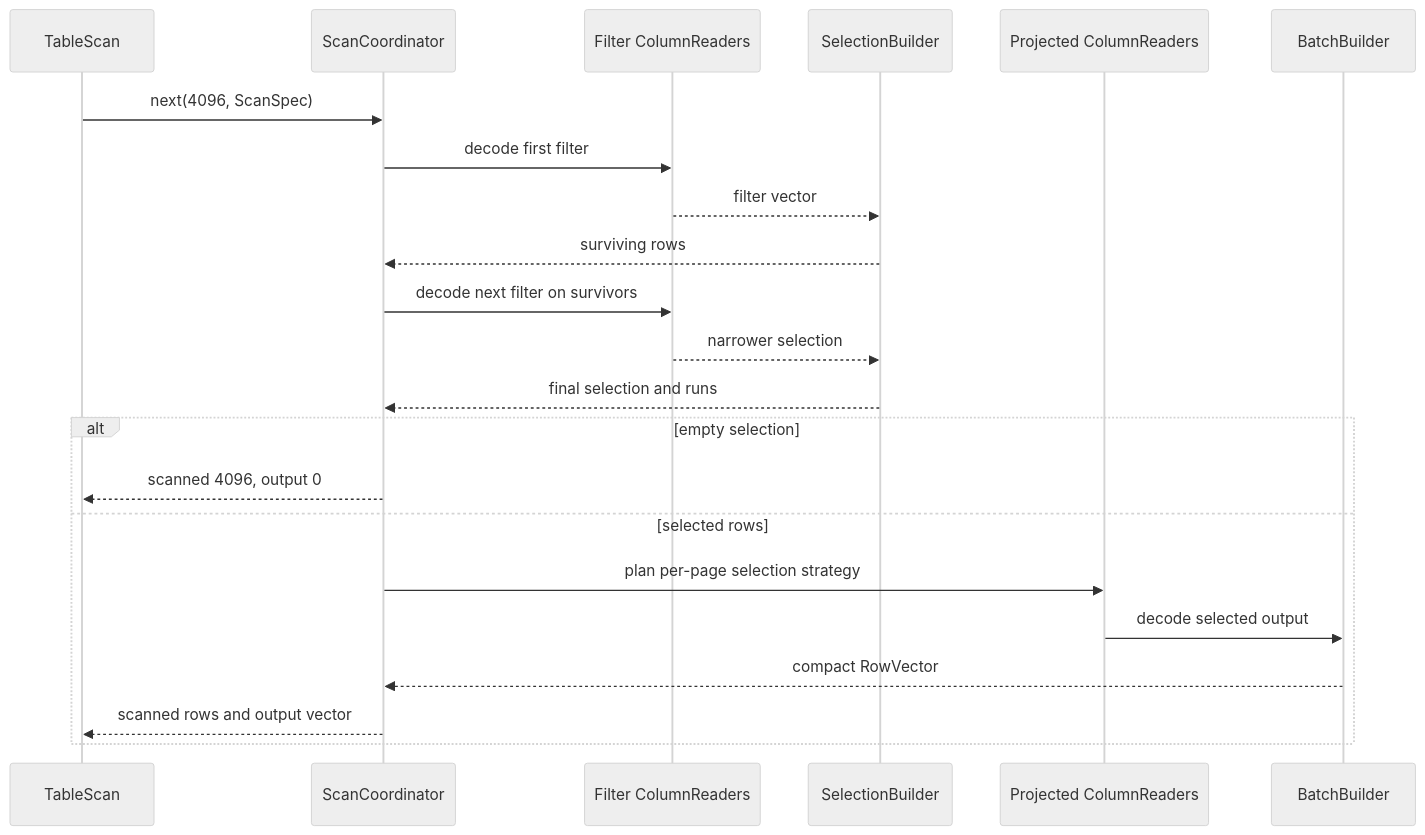
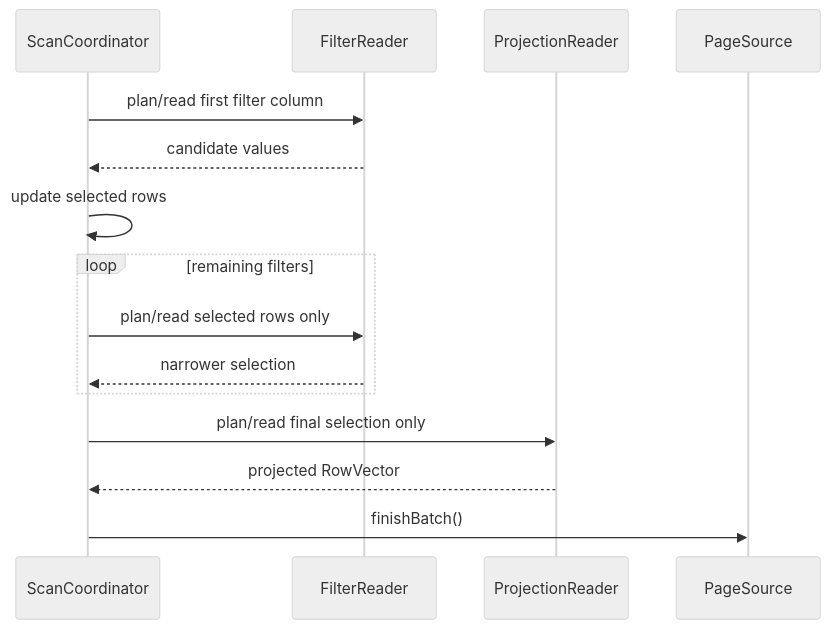
One commit to bytedance/bolt changed the third of 5 diagrams in bolt/dwio/lance/STATE_MACHINE_DESIGN.md. Above: the diagram before and after it, drawn with Mermaid (neutral theme). The commit also changed other lines of this file and 36 other files, not shown here.

````diff
--- a/bolt/dwio/lance/STATE_MACHINE_DESIGN.md
+++ b/bolt/dwio/lance/STATE_MACHINE_DESIGN.md
@@ -1414,25 +129,18 @@
 ```mermaid
 sequenceDiagram
-    participant TS as TableScan
-    participant SC as ScanCoordinator
-    participant FC as Filter ColumnReaders
-    participant SB as SelectionBuilder
-    participant PC as Projected ColumnReaders
-    participant BB as BatchBuilder
+  participant SC as ScanCoordinator
+  participant FR as FilterReader
+  participant PR as ProjectionReader
+  participant PS as PageSource
 
-    TS->>SC: next(4096, ScanSpec)
-    SC->>FC: decode first filter
-    FC-->>SB: filter vector
-    SB-->>SC: surviving rows
-    SC->>FC: decode next filter on survivors
-    FC-->>SB: narrower selection
-    SB-->>SC: final selection and runs
-    alt empty selection
-        SC-->>TS: scanned 4096, output 0
-    else selected rows
-        SC->>PC: plan per-page selection strategy
-        PC->>BB: decode selected output
-        BB-->>SC: compact RowVector
-        SC-->>TS: scanned rows and output vector
-    end
+  SC->>FR: plan/read first filter column
+  FR-->>SC: candidate values
+  SC->>SC: update selected rows
+  loop remaining filters
+    SC->>FR: plan/read selected rows only
+    FR-->>SC: narrower selection
+  end
+  SC->>PR: plan/read final selection only
+  PR-->>SC: projected RowVector
+  SC->>PS: finishBatch()
 ```
````
